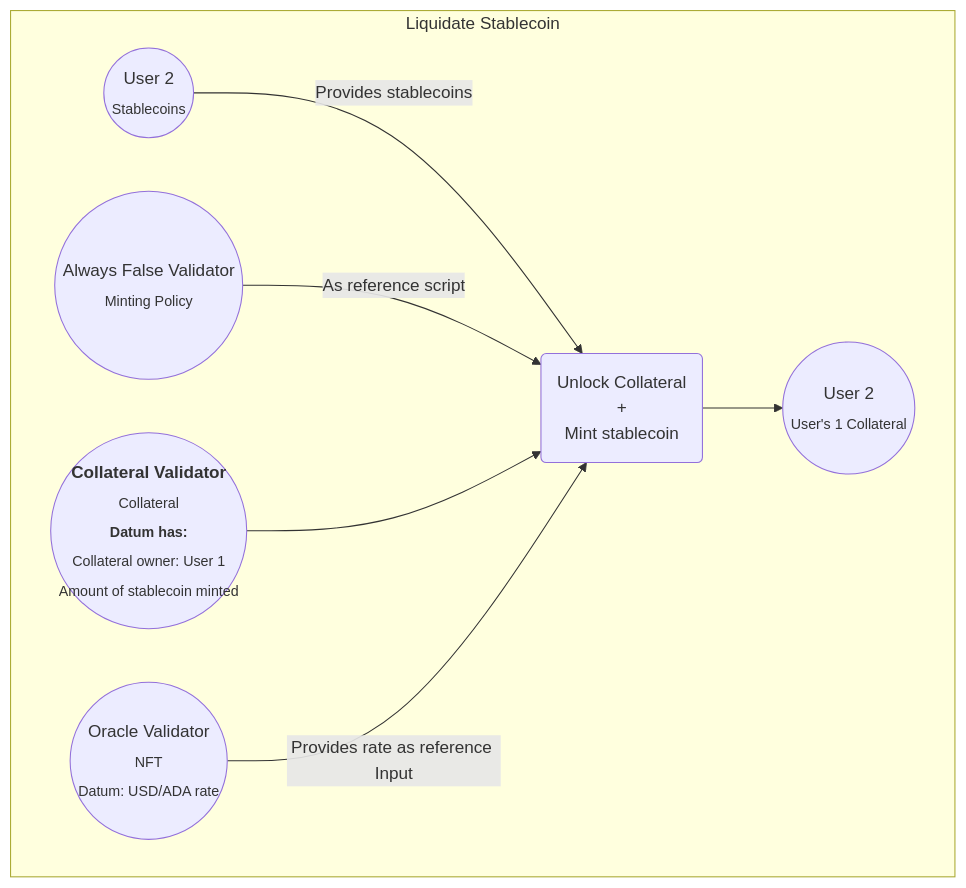
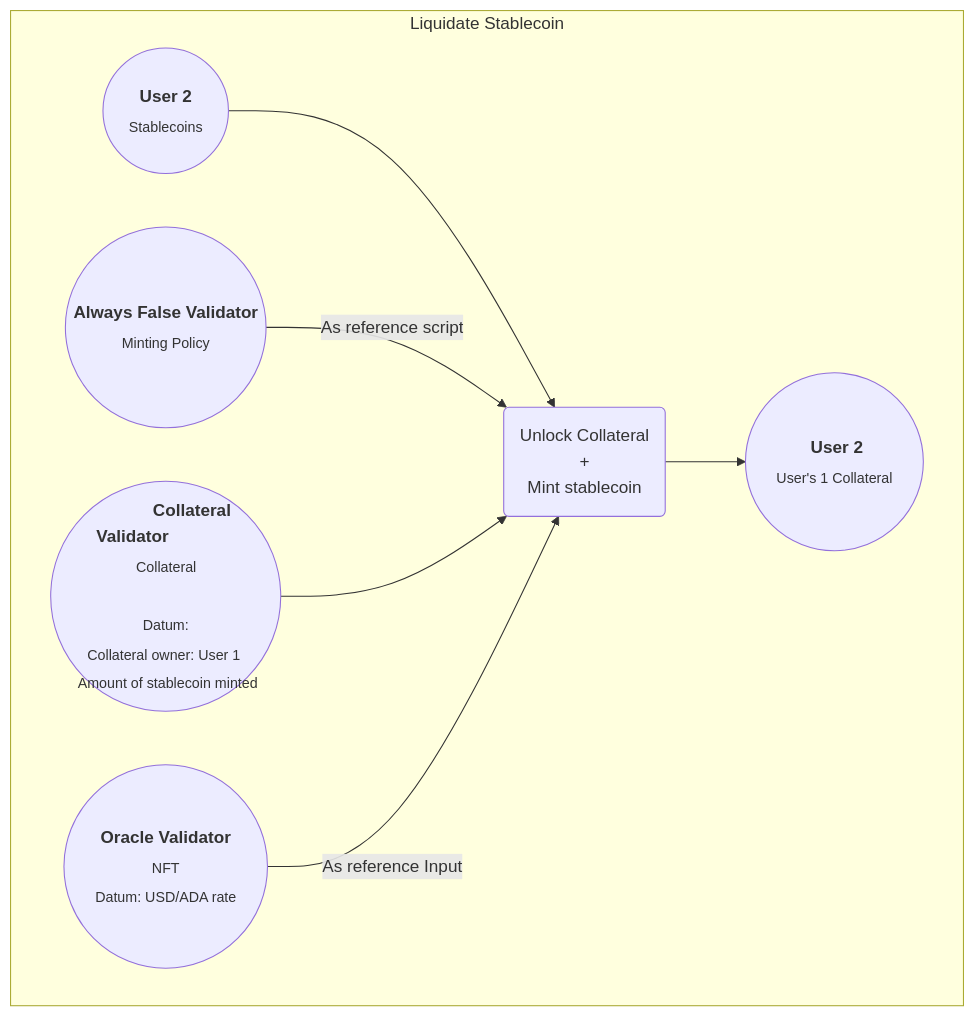
One commit to input-output-hk/plutus-pioneer-program changed the sixth of 7 diagrams in code/Week09/README.md. Above: the diagram before and after it, drawn with Mermaid. The commit also changed other lines of this file, not shown here.

Commit message:
Fixed weird diagram rendering in GitHub

````diff
--- a/code/Week09/README.md
+++ b/code/Week09/README.md
@@ -119,16 +118,16 @@
  ```mermaid
 flowchart LR
     subgraph Burn [Liquidate Stablecoin]
     direction LR
-    A6(("Oracle Validator <br> <sub>NFT <br> Datum: USD/ADA rate </sub>"))
-    A9((Always False Validator <br> <sub>Minting Policy</sub>))
-    M5(("<b>Collateral Validator</b> <br> <sub>Collateral <br> <b>Datum has:</b> <br> Collateral owner: User 1  <br> Amount of stablecoin minted"))
-    M6((User 2 <br> <sub>Stablecoins</sub>))
+    A6((" &#8199 &#8199 <b>Oracle Validator</b> &#8199 &#8199  <br> <sub>NFT <br> Datum: USD/ADA rate </sub>"))
+    A9((<b>Always False Validator</b> <br> <sub>Minting Policy</sub>))
+    M5(("&#8199 &#8199 &#8199 &#8199 <b>Collateral Validator</b> &#8199 &#8199 &#8199 &#8199  <br> <sub>Collateral <br> <br> Datum: <br> Collateral owner: User 1  <br> Amount of stablecoin minted"))
+    M6(("&#8199 &#8199 <b>User 2</b> &#8199 &#8199 <br> <sub>Stablecoins</sub>"))
 
-    M6 --> |Provides stablecoins| B4(Unlock Collateral <br> + <br> Mint stablecoin)
+    M6 --> B4(Unlock Collateral <br> + <br> Mint stablecoin)
     A9 -->|As reference script| B4
     M5 --> B4
-    A6 --> |Provides rate as reference Input|B4
-    B4 --> B6((User 2<br> <sub>User's 1 Collateral</sub> ))
+    A6 --> |As reference Input|B4
+    B4 --> B6(("&#8199 &#8199 &#8199 &#8199 <b>User 2</b>&#8199 &#8199 &#8199 &#8199 <br> <sub>User's 1 Collateral</sub>"))
     end
 ```
````
